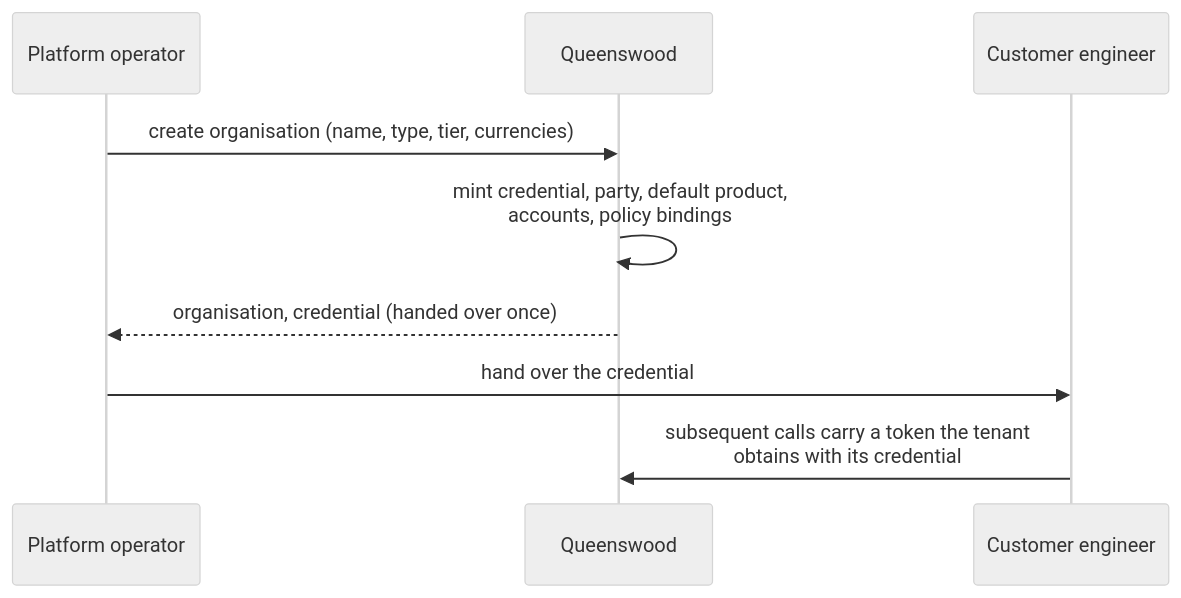
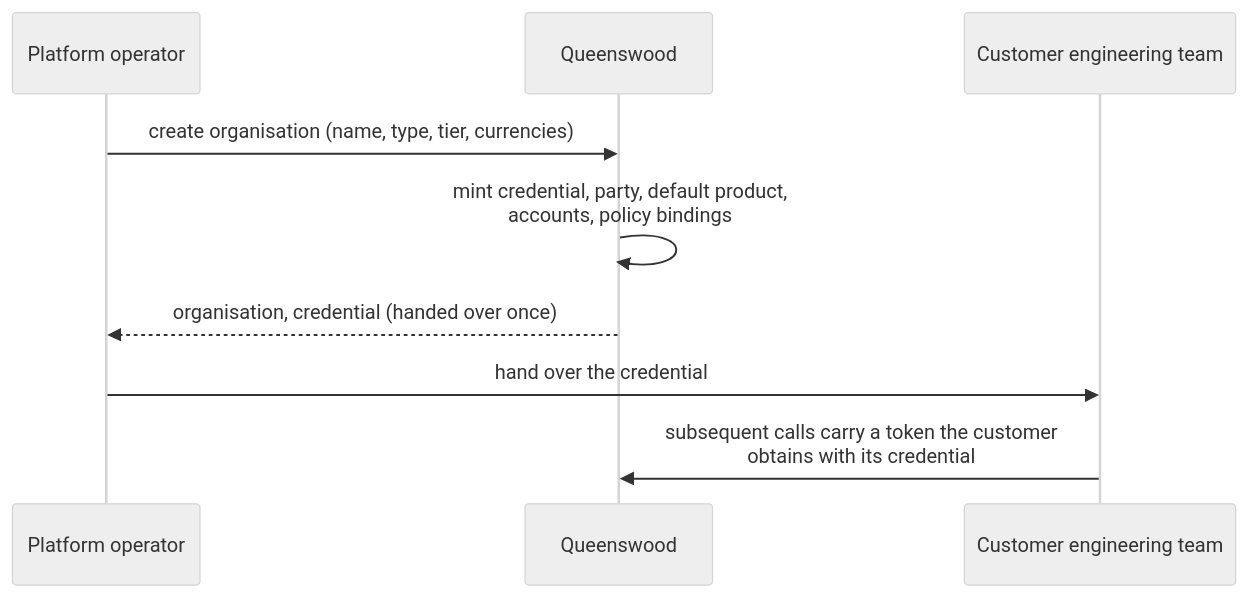
One commit to repldriven/queenswood changed the first of 5 diagrams in docs/prd/platform.md. Above: the diagram before and after it, drawn with Mermaid (neutral theme). The commit also changed other lines of this file and 32 other files, not shown here.

````diff
--- a/docs/prd/platform.md
+++ b/docs/prd/platform.md
@@ -190,12 +190,12 @@
 ```mermaid
 sequenceDiagram
     participant A as Platform operator
     participant Q as Queenswood
-    participant T as Customer engineer
+    participant T as Customer engineering team
 
     A->>Q: create organisation (name, type, tier, currencies)
     Q->>Q: mint credential, party, default product,<br/>accounts, policy bindings
     Q-->>A: organisation, credential (handed over once)
     A->>T: hand over the credential
-    T->>Q: subsequent calls carry a token the tenant<br/>obtains with its credential
+    T->>Q: subsequent calls carry a token the customer<br/>obtains with its credential
 ```
````
